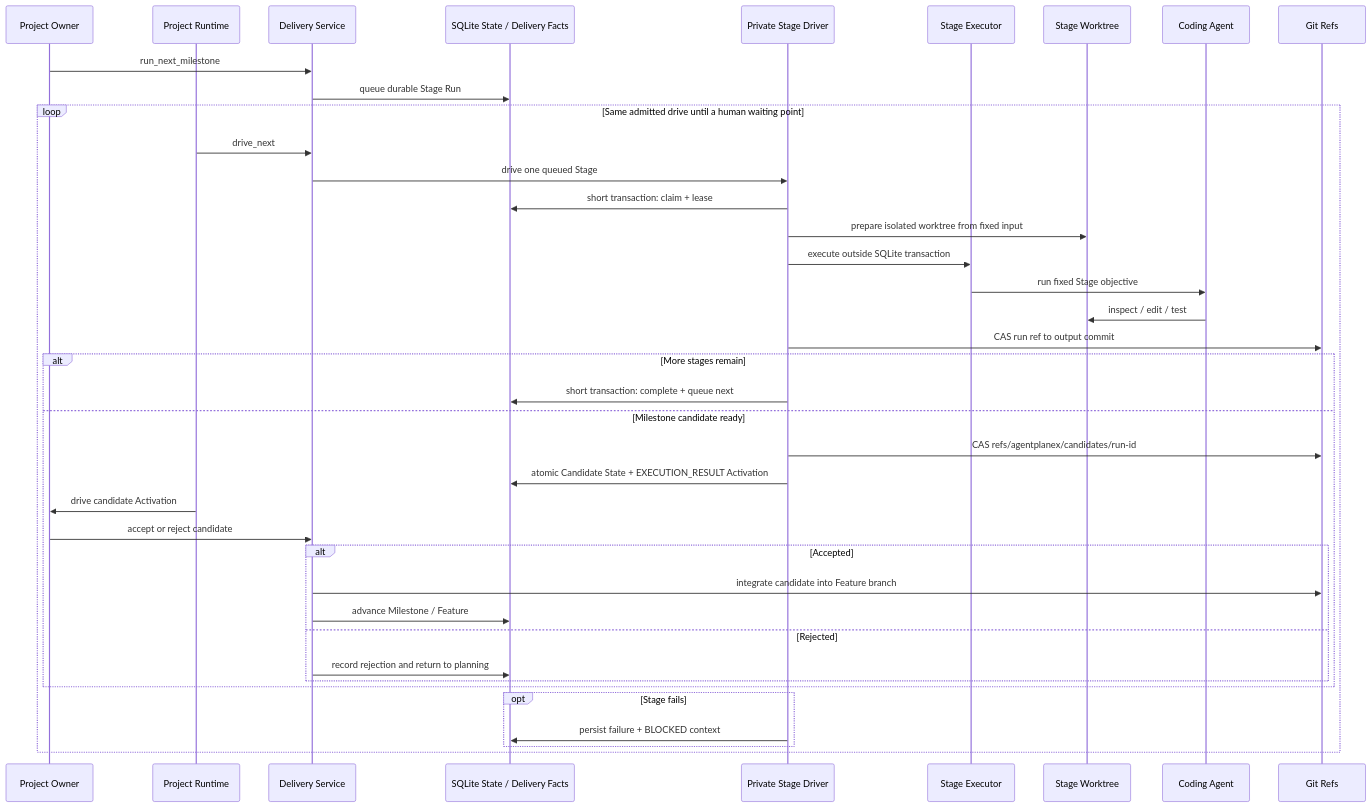
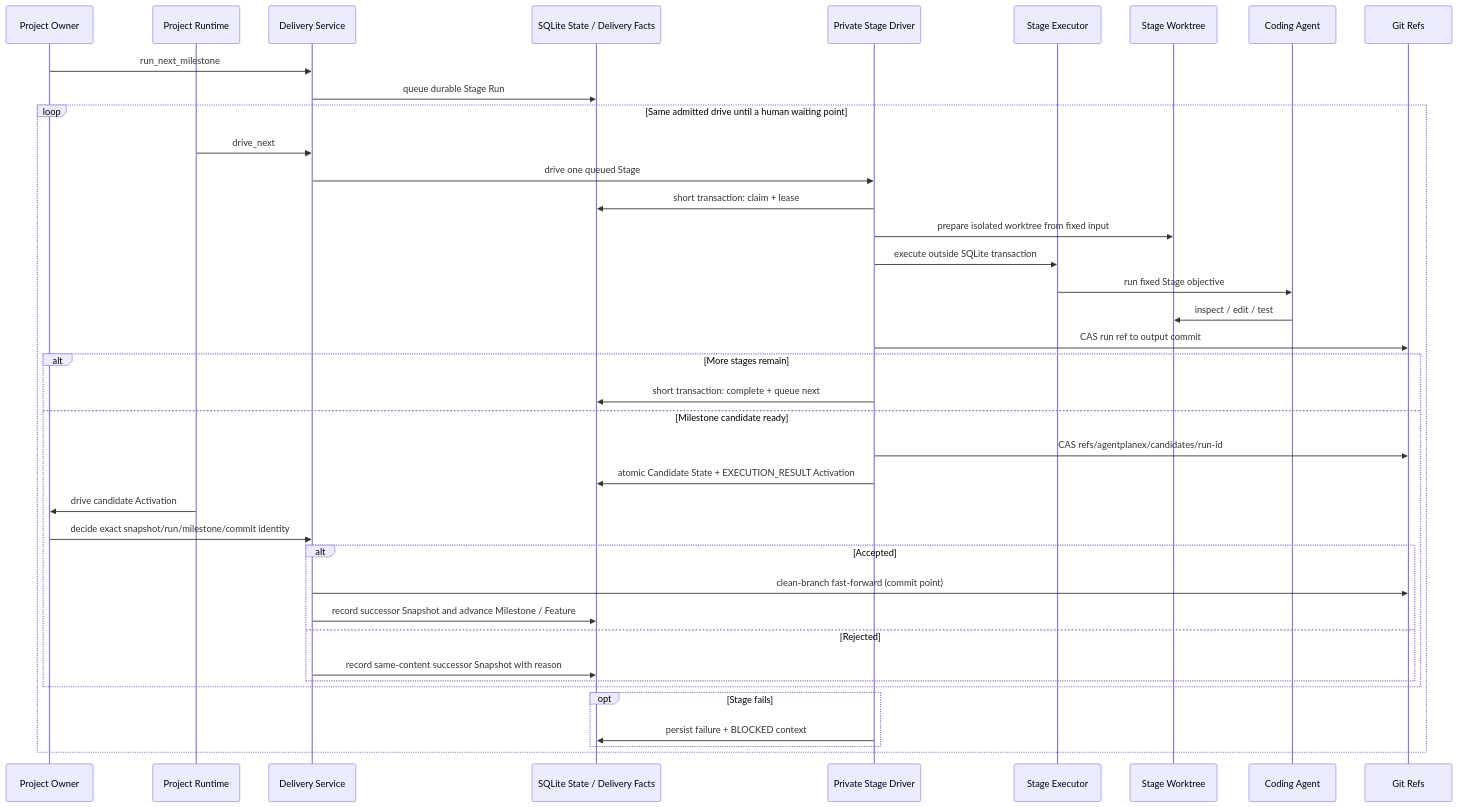
The sixth of 10 diagrams in docs/architecture.md (aowo-1345/AgentPanelX), drawn with Mermaid before and after one commit. The commit also changed other lines of this file and 11 other files, not shown here.

Commit message:
refactor: make delivery own candidate decisions

````diff
--- a/docs/architecture.md
+++ b/docs/architecture.md
@@ -334,42 +334,42 @@
 ```mermaid
 sequenceDiagram
     participant Owner as Project Owner
     participant Runtime as Project Runtime
     participant Delivery as Delivery Service
     participant DB as SQLite State / Delivery Facts
     participant Driver as Private Stage Driver
     participant Stage as Stage Executor
     participant WT as Stage Worktree
     participant Agent as Coding Agent
     participant Git as Git Refs
 
     Owner->>Delivery: run_next_milestone
     Delivery->>DB: queue durable Stage Run
     loop Same admitted drive until a human waiting point
         Runtime->>Delivery: drive_next
         Delivery->>Driver: drive one queued Stage
         Driver->>DB: short transaction: claim + lease
         Driver->>WT: prepare isolated worktree from fixed input
         Driver->>Stage: execute outside SQLite transaction
         Stage->>Agent: run fixed Stage objective
         Agent->>WT: inspect / edit / test
         Driver->>Git: CAS run ref to output commit
         alt More stages remain
             Driver->>DB: short transaction: complete + queue next
         else Milestone candidate ready
             Driver->>Git: CAS refs/agentplanex/candidates/run-id
             Driver->>DB: atomic Candidate State + EXECUTION_RESULT Activation
             Runtime->>Owner: drive candidate Activation
-            Owner->>Delivery: accept or reject candidate
+            Owner->>Delivery: decide exact snapshot/run/milestone/commit identity
             alt Accepted
-                Delivery->>Git: integrate candidate into Feature branch
-                Delivery->>DB: advance Milestone / Feature
+                Delivery->>Git: clean-branch fast-forward (commit point)
+                Delivery->>DB: record successor Snapshot and advance Milestone / Feature
             else Rejected
-                Delivery->>DB: record rejection and return to planning
+                Delivery->>DB: record same-content successor Snapshot with reason
             end
         end
         opt Stage fails
             Driver->>DB: persist failure + BLOCKED context
         end
     end
 ```
````
